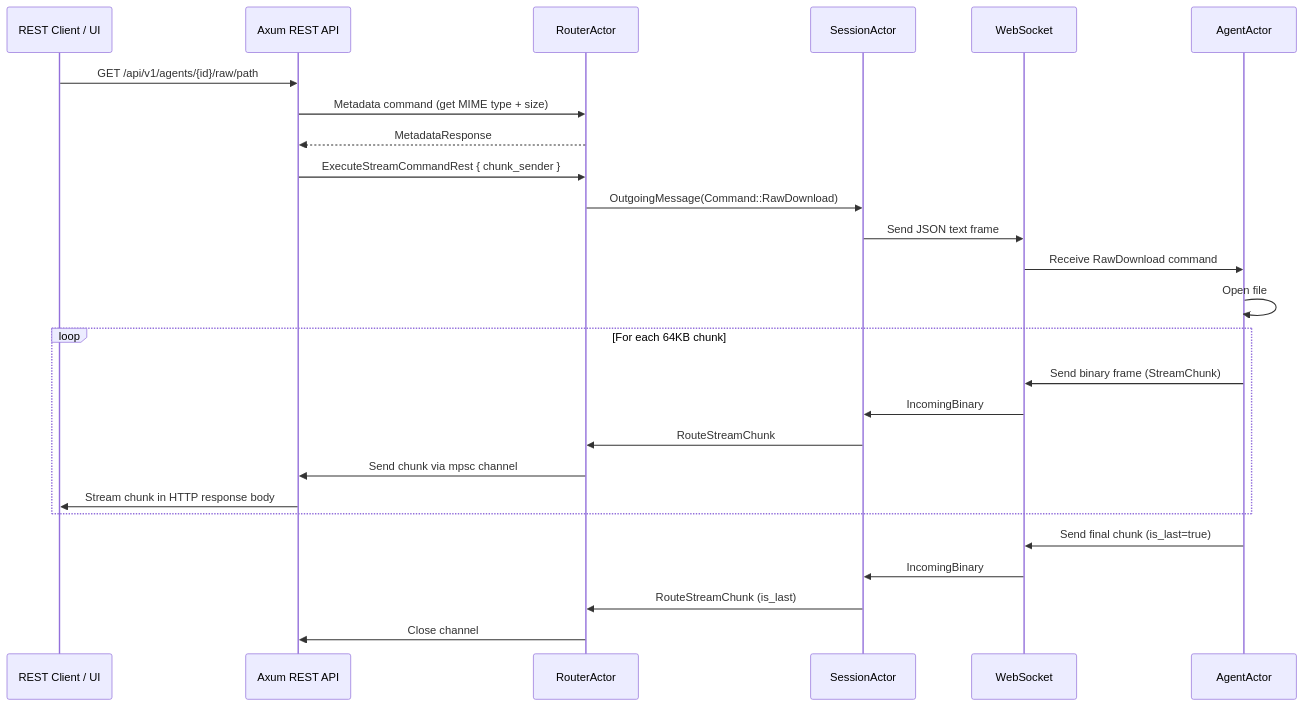
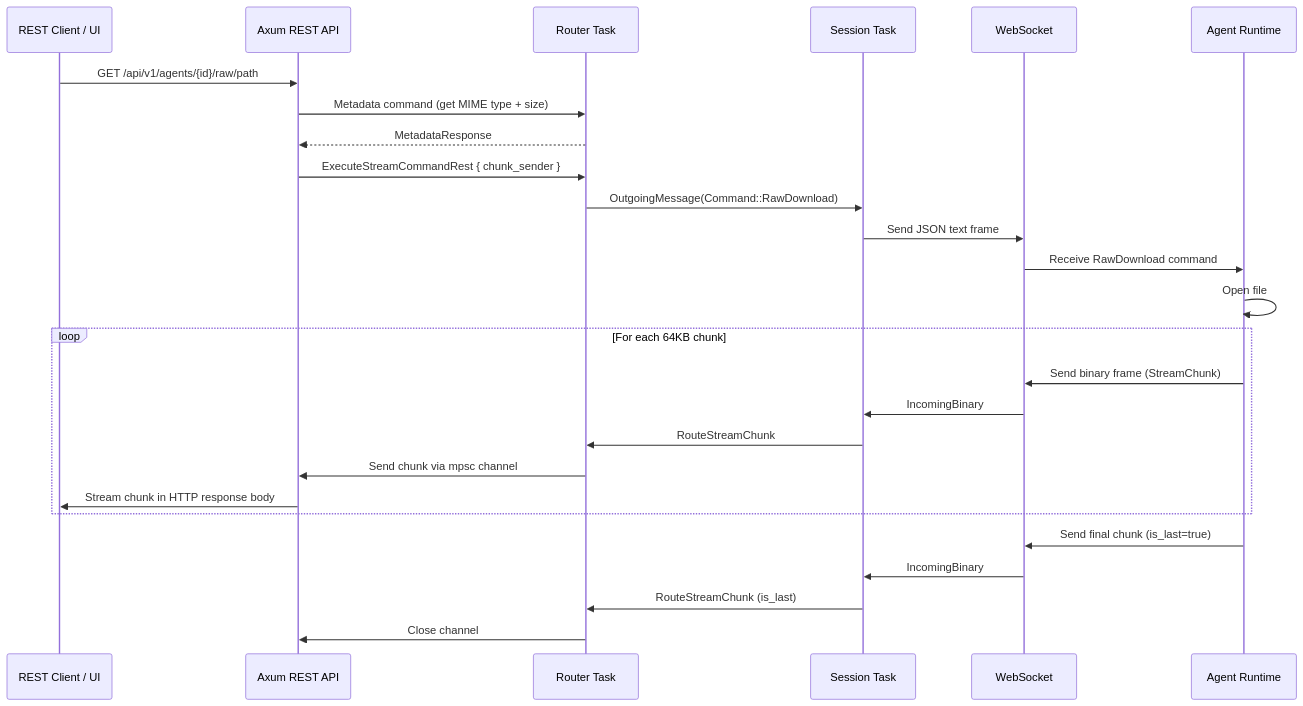
One commit to esamattis/redoor changed the third of 4 diagrams in README.md. Above: the diagram before and after it, drawn with Mermaid. The commit also changed other lines of this file and 25 other files, not shown here.

````diff
--- a/README.md
+++ b/README.md
@@ -91,31 +90,31 @@
 ```mermaid
 sequenceDiagram
     participant Client as REST Client / UI
     participant API as Axum REST API
-    participant Router as RouterActor
-    participant Session as SessionActor
+    participant Router as Router Task
+    participant Session as Session Task
     participant WS as WebSocket
-    participant Agent as AgentActor
+    participant Agent as Agent Runtime
 
     Client->>API: GET /api/v1/agents/{id}/raw/path
     API->>Router: Metadata command (get MIME type + size)
     Router-->>API: MetadataResponse
     API->>Router: ExecuteStreamCommandRest { chunk_sender }
     Router->>Session: OutgoingMessage(Command::RawDownload)
     Session->>WS: Send JSON text frame
     WS->>Agent: Receive RawDownload command
     Agent->>Agent: Open file
 
     loop For each 64KB chunk
         Agent->>WS: Send binary frame (StreamChunk)
         WS->>Session: IncomingBinary
         Session->>Router: RouteStreamChunk
         Router->>API: Send chunk via mpsc channel
         API->>Client: Stream chunk in HTTP response body
     end
 
     Agent->>WS: Send final chunk (is_last=true)
     WS->>Session: IncomingBinary
     Session->>Router: RouteStreamChunk (is_last)
     Router->>API: Close channel
 ```
````
